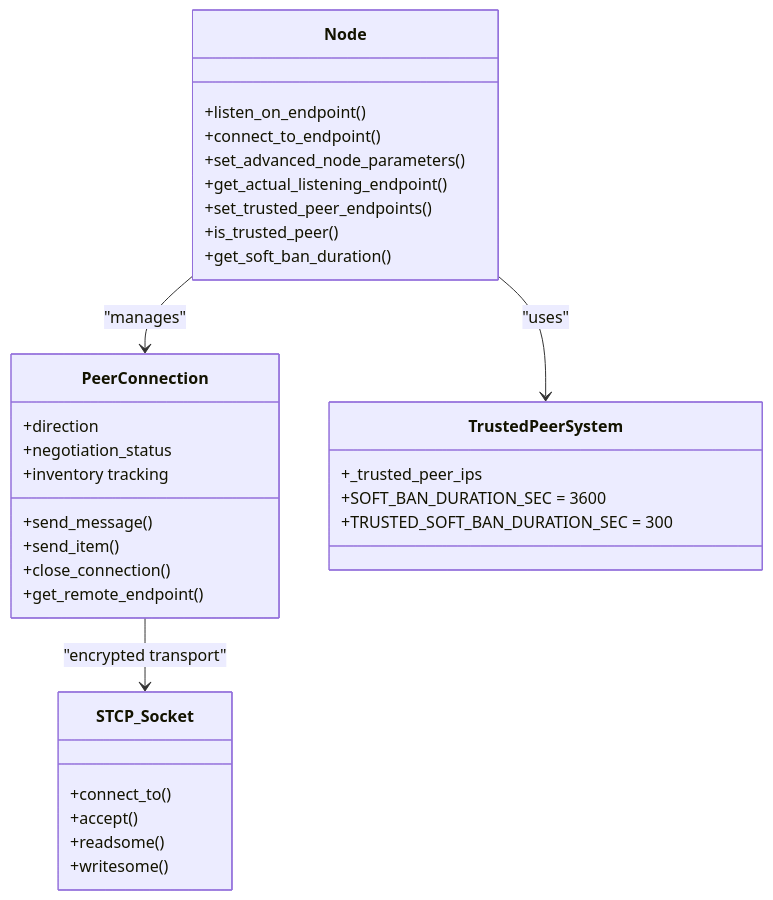
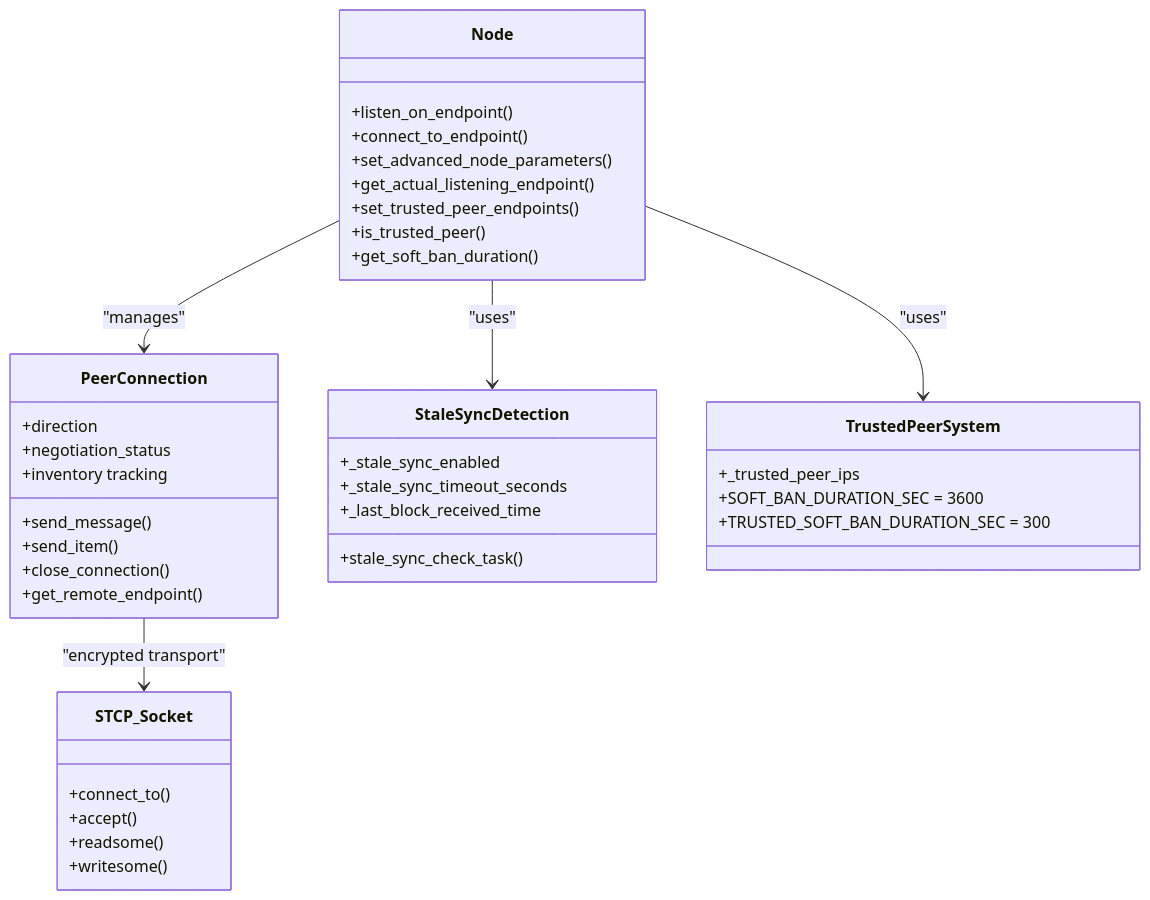
Before and after one commit to VIZ-Blockchain/viz-cpp-node: the third of 9 diagrams in .qoder/repowiki/en/content/Configuration Management/Network Configuration.md, drawn with Mermaid. The commit also changed other lines of this file and 3 other files, not shown here.

````diff
--- a/.qoder/repowiki/en/content/Configuration Management/Network Configuration.md
+++ b/.qoder/repowiki/en/content/Configuration Management/Network Configuration.md
@@ -177,35 +196,42 @@
 ```mermaid
 classDiagram
 class PeerConnection {
 +direction
 +negotiation_status
 +inventory tracking
 +send_message()
 +send_item()
 +close_connection()
 +get_remote_endpoint()
 }
 class STCP_Socket {
 +connect_to()
 +accept()
 +readsome()
 +writesome()
 }
 class Node {
 +listen_on_endpoint()
 +connect_to_endpoint()
 +set_advanced_node_parameters()
 +get_actual_listening_endpoint()
 +set_trusted_peer_endpoints()
 +is_trusted_peer()
 +get_soft_ban_duration()
 }
+class StaleSyncDetection {
++_stale_sync_enabled
++_stale_sync_timeout_seconds
++_last_block_received_time
++stale_sync_check_task()
+}
 class TrustedPeerSystem {
 +_trusted_peer_ips
 +SOFT_BAN_DURATION_SEC = 3600
 +TRUSTED_SOFT_BAN_DURATION_SEC = 300
 }
 PeerConnection --> STCP_Socket : "encrypted transport"
 Node --> PeerConnection : "manages"
+Node --> StaleSyncDetection : "uses"
 Node --> TrustedPeerSystem : "uses"
 ```
````
